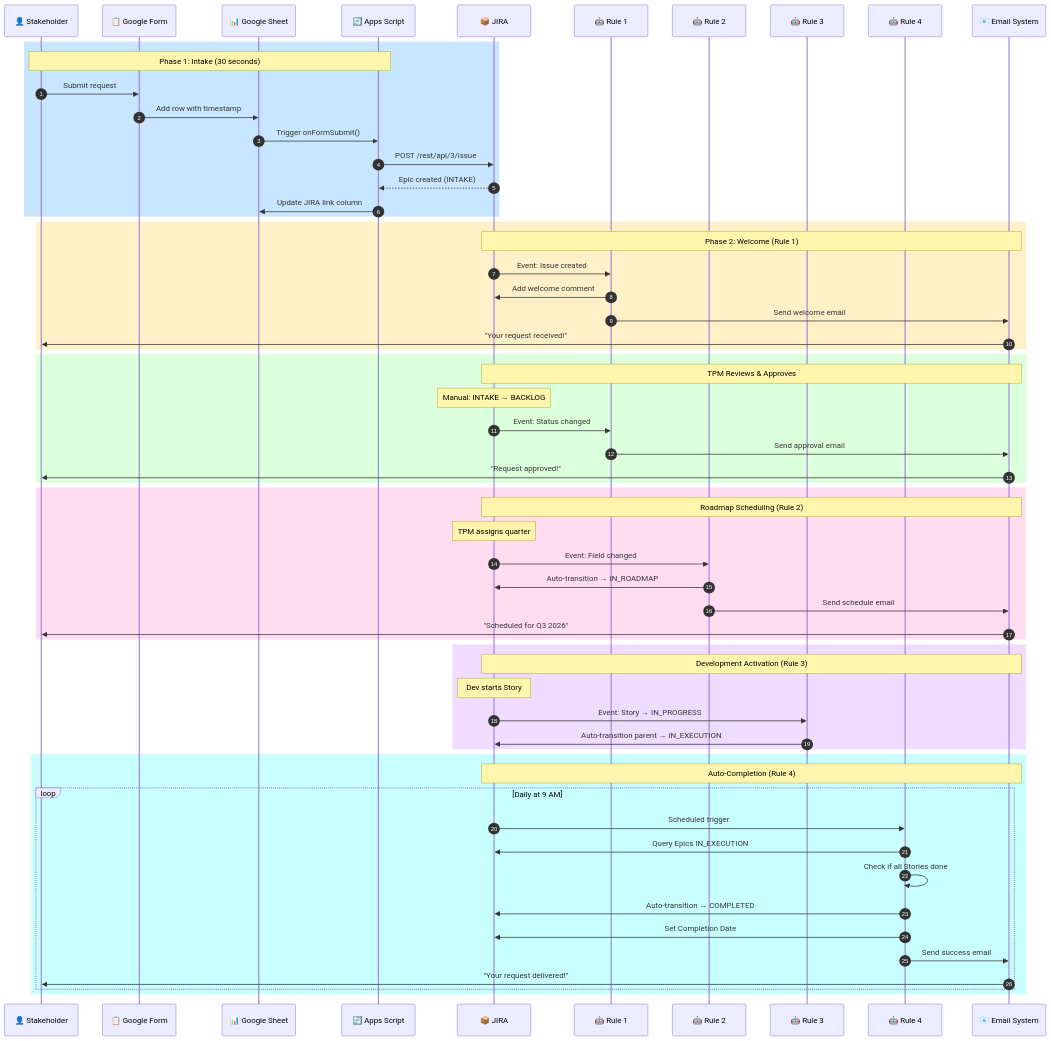
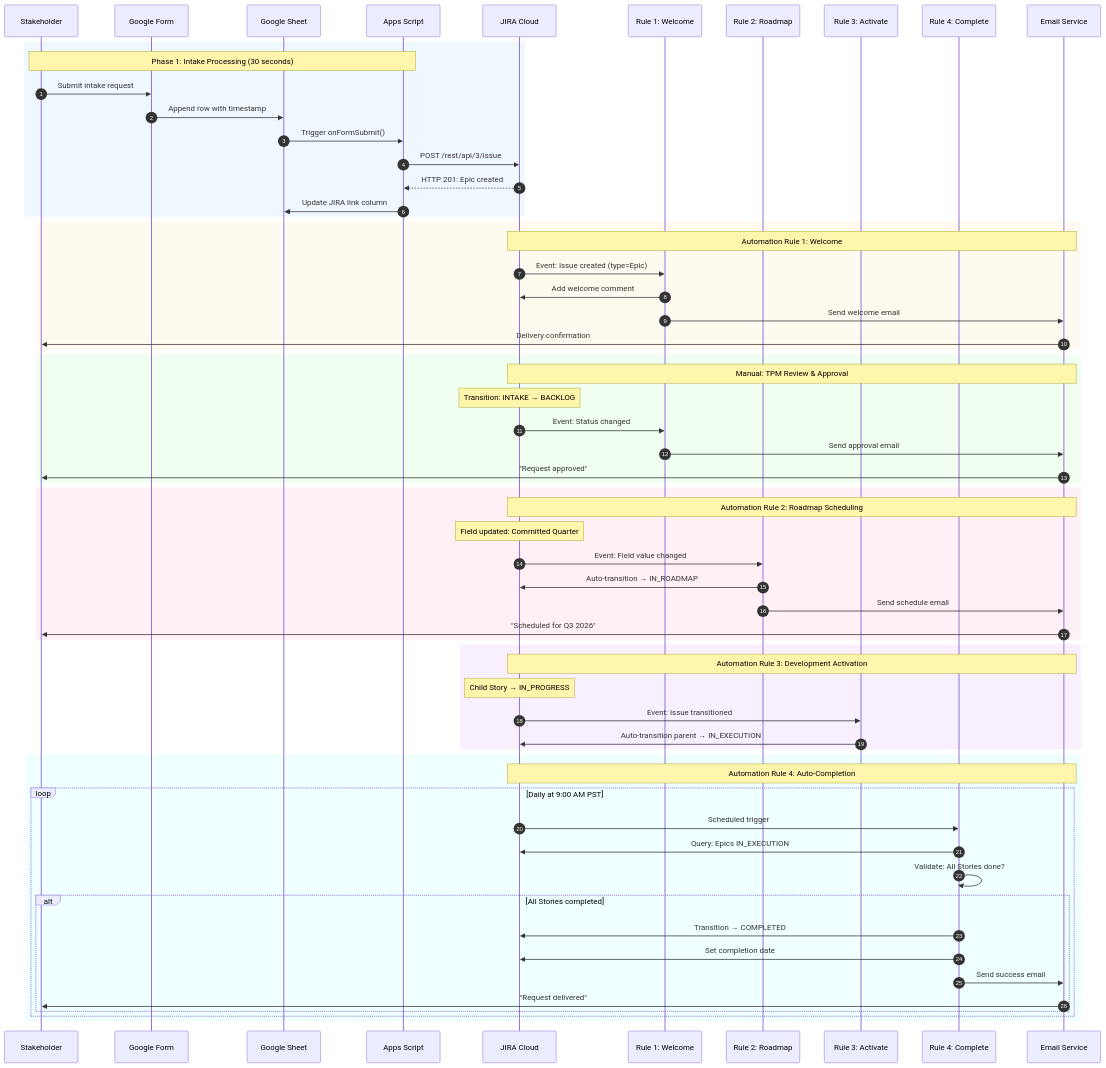
Before and after one commit to PlainJane20/pm-automation-system: the third of 4 diagrams in README.md, drawn with Mermaid. The commit also changed other lines of this file, not shown here.

````diff
--- a/README.md
+++ b/README.md
@@ -198,69 +285,72 @@
 ```mermaid
 sequenceDiagram
     autonumber
-    participant S as 👤 Stakeholder
-    participant GF as 📋 Google Form
-    participant GS as 📊 Google Sheet
-    participant AS as 🔄 Apps Script
-    participant J as 📦 JIRA
-    participant R1 as 🤖 Rule 1
-    participant R2 as 🤖 Rule 2
-    participant R3 as 🤖 Rule 3
-    participant R4 as 🤖 Rule 4
-    participant E as 📧 Email System
     
-    rect rgb(200, 230, 255)
-    Note over S,AS: Phase 1: Intake (30 seconds)
-    S->>GF: Submit request
-    GF->>GS: Add row with timestamp
+    participant S as Stakeholder
+    participant GF as Google Form
+    participant GS as Google Sheet
+    participant AS as Apps Script
+    participant J as JIRA Cloud
+    participant R1 as Rule 1: Welcome
+    participant R2 as Rule 2: Roadmap
+    participant R3 as Rule 3: Activate
+    participant R4 as Rule 4: Complete
+    participant E as Email Service
+    
+    rect rgb(240, 248, 255)
+    Note over S,AS: Phase 1: Intake Processing (30 seconds)
+    S->>GF: Submit intake request
+    GF->>GS: Append row with timestamp
     GS->>AS: Trigger onFormSubmit()
     AS->>J: POST /rest/api/3/issue
-    J-->>AS: Epic created (INTAKE)
+    J-->>AS: HTTP 201: Epic created
     AS->>GS: Update JIRA link column
     end
     
-    rect rgb(255, 240, 200)
-    Note over J,E: Phase 2: Welcome (Rule 1)
-    J->>R1: Event: Issue created
+    rect rgb(255, 250, 240)
+    Note over J,E: Automation Rule 1: Welcome
+    J->>R1: Event: Issue created (type=Epic)
     R1->>J: Add welcome comment
     R1->>E: Send welcome email
-    E->>S: "Your request received!"
+    E->>S: Delivery confirmation
     end
     
-    rect rgb(220, 255, 220)
-    Note over J,E: TPM Reviews & Approves
-    Note over J: Manual: INTAKE → BACKLOG
+    rect rgb(240, 255, 240)
+    Note over J,E: Manual: TPM Review & Approval
+    Note over J: Transition: INTAKE → BACKLOG
     J->>R1: Event: Status changed
     R1->>E: Send approval email
-    E->>S: "Request approved!"
+    E->>S: "Request approved"
     end
     
-    rect rgb(255, 220, 240)
-    Note over J,E: Roadmap Scheduling (Rule 2)
-    Note over J: TPM assigns quarter
-    J->>R2: Event: Field changed
+    rect rgb(255, 240, 245)
+    Note over J,E: Automation Rule 2: Roadmap Scheduling
+    Note over J: Field updated: Committed Quarter
+    J->>R2: Event: Field value changed
     R2->>J: Auto-transition → IN_ROADMAP
     R2->>E: Send schedule email
     E->>S: "Scheduled for Q3 2026"
     end
     
-    rect rgb(240, 220, 255)
-    Note over J,E: Development Activation (Rule 3)
-    Note over J: Dev starts Story
-    J->>R3: Event: Story → IN_PROGRESS
+    rect rgb(248, 240, 255)
+    Note over J,E: Automation Rule 3: Development Activation
+    Note over J: Child Story → IN_PROGRESS
+    J->>R3: Event: Issue transitioned
     R3->>J: Auto-transition parent → IN_EXECUTION
     end
     
-    rect rgb(200, 255, 255)
-    Note over J,E: Auto-Completion (Rule 4)
-    loop Daily at 9 AM
+    rect rgb(240, 255, 255)
+    Note over J,E: Automation Rule 4: Auto-Completion
+    loop Daily at 9:00 AM PST
         J->>R4: Scheduled trigger
-        R4->>J: Query Epics IN_EXECUTION
-        R4->>R4: Check if all Stories done
-        R4->>J: Auto-transition → COMPLETED
-        R4->>J: Set Completion Date
-        R4->>E: Send success email
-        E->>S: "Your request delivered!"
+        R4->>J: Query: Epics IN_EXECUTION
+        R4->>R4: Validate: All Stories done?
+        alt All Stories completed
+            R4->>J: Transition → COMPLETED
+            R4->>J: Set completion date
+            R4->>E: Send success email
+            E->>S: "Request delivered"
+        end
     end
     end
 ```
````
